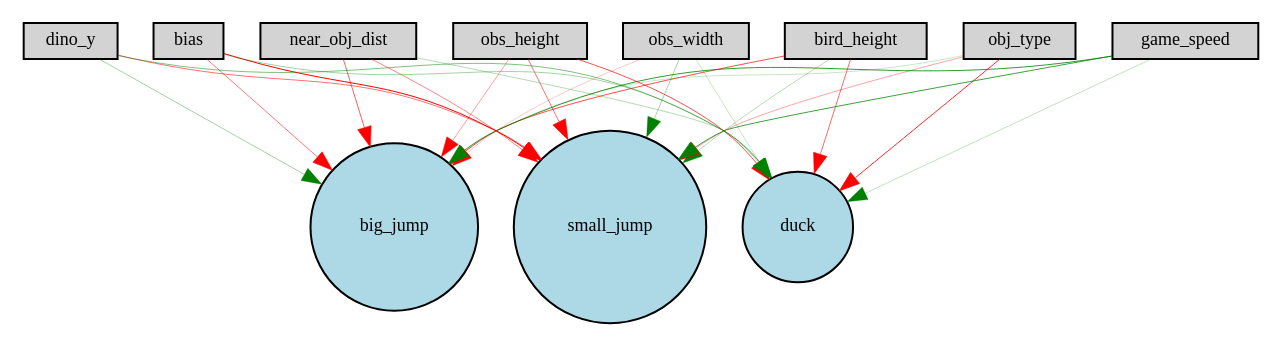
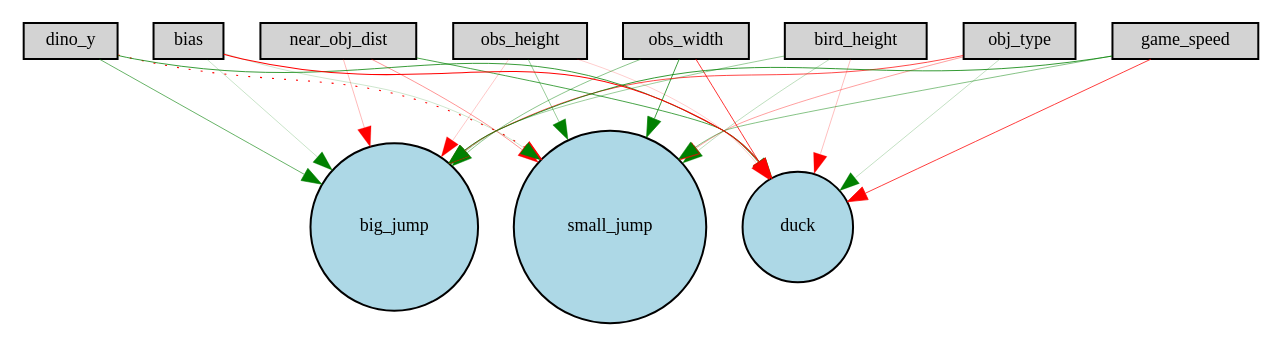
Before and after one commit to kevinhc2/Dino_AI: the diagram in Digraph.gv, drawn with Graphviz. The commit also changed 4 other files, not shown here.

```diff
--- a/Digraph.gv
+++ b/Digraph.gv
@@ -1,38 +1,38 @@
 digraph {
 	node [fontsize=9 height=0.2 shape=circle width=0.2]
 	near_obj_dist [fillcolor=lightgray shape=box style=filled]
 	obs_height [fillcolor=lightgray shape=box style=filled]
 	obs_width [fillcolor=lightgray shape=box style=filled]
 	bird_height [fillcolor=lightgray shape=box style=filled]
 	obj_type [fillcolor=lightgray shape=box style=filled]
 	game_speed [fillcolor=lightgray shape=box style=filled]
 	dino_y [fillcolor=lightgray shape=box style=filled]
 	bias [fillcolor=lightgray shape=box style=filled]
 	big_jump [fillcolor=lightblue style=filled]
 	small_jump [fillcolor=lightblue style=filled]
 	duck [fillcolor=lightblue style=filled]
-	near_obj_dist -> big_jump [color=red penwidth=0.31725068358441294 style=solid]
-	near_obj_dist -> small_jump [color=red penwidth=0.24045094106054998 style=solid]
-	near_obj_dist -> duck [color=green penwidth=0.14785460671351175 style=solid]
-	obs_height -> big_jump [color=red penwidth=0.19461532793809974 style=solid]
-	obs_height -> small_jump [color=red penwidth=0.28008511335249275 style=solid]
-	obs_height -> duck [color=red penwidth=0.35145991516573993 style=solid]
-	obs_width -> big_jump [color=red penwidth=0.10637953883668361 style=solid]
-	obs_width -> small_jump [color=green penwidth=0.1665010852681646 style=solid]
-	obs_width -> duck [color=green penwidth=0.10819144773208914 style=solid]
-	bird_height -> big_jump [color=red penwidth=0.3495952466633514 style=solid]
-	bird_height -> small_jump [color=green penwidth=0.1431789084690743 style=solid]
-	bird_height -> duck [color=red penwidth=0.30178191598002646 style=solid]
-	obj_type -> big_jump [color=green penwidth=0.10628319654519613 style=solid]
-	obj_type -> small_jump [color=red penwidth=0.17558704411899512 style=solid]
-	obj_type -> duck [color=red penwidth=0.4192394975234601 style=solid]
-	game_speed -> big_jump [color=green penwidth=0.3991744324134864 style=solid]
-	game_speed -> small_jump [color=green penwidth=0.38228816442088054 style=solid]
-	game_speed -> duck [color=green penwidth=0.12074502799502715 style=solid]
-	dino_y -> big_jump [color=green penwidth=0.17745173232531436 style=solid]
-	dino_y -> small_jump [color=red penwidth=0.27769467560596306 style=solid]
-	dino_y -> duck [color=green penwidth=0.2528364850213355 style=solid]
-	bias -> big_jump [color=red penwidth=0.2668603171330073 style=solid]
-	bias -> small_jump [color=red penwidth=0.4957875938305092 style=solid]
-	bias -> duck [color=green penwidth=0.17507463069901696 style=solid]
+	near_obj_dist -> big_jump [color=red penwidth=0.14282121275876716 style=solid]
+	near_obj_dist -> small_jump [color=red penwidth=0.21405453111498152 style=solid]
+	near_obj_dist -> duck [color=green penwidth=0.35560525076748883 style=solid]
+	obs_height -> big_jump [color=red penwidth=0.10588815754213876 style=solid]
+	obs_height -> small_jump [color=green penwidth=0.20396422496058741 style=solid]
+	obs_height -> duck [color=red penwidth=0.10167216922294557 style=solid]
+	obs_width -> big_jump [color=green penwidth=0.23203381141980994 style=solid]
+	obs_width -> small_jump [color=green penwidth=0.38205015352653016 style=solid]
+	obs_width -> duck [color=red penwidth=0.3968007617600112 style=solid]
+	bird_height -> big_jump [color=green penwidth=0.2010970904263352 style=solid]
+	bird_height -> small_jump [color=green penwidth=0.13080412928225074 style=solid]
+	bird_height -> duck [color=red penwidth=0.13458727261139572 style=solid]
+	obj_type -> big_jump [color=red penwidth=0.36260553290627073 style=solid]
+	obj_type -> small_jump [color=red penwidth=0.18518785613561695 style=solid]
+	obj_type -> duck [color=green penwidth=0.12063331523355911 style=solid]
+	game_speed -> big_jump [color=green penwidth=0.4044650722685236 style=solid]
+	game_speed -> small_jump [color=green penwidth=0.23523088710530274 style=solid]
+	game_speed -> duck [color=red penwidth=0.3809257199189108 style=solid]
+	dino_y -> big_jump [color=green penwidth=0.29890840684567155 style=solid]
+	dino_y -> small_jump [color=red penwidth=0.5521772605599647 style=dotted]
+	dino_y -> duck [color=green penwidth=0.3924393392600176 style=solid]
+	bias -> big_jump [color=green penwidth=0.10670825684131718 style=solid]
+	bias -> small_jump [color=green penwidth=0.10483897328452034 style=solid]
+	bias -> duck [color=red penwidth=0.5415668452260909 style=solid]
 }
```
